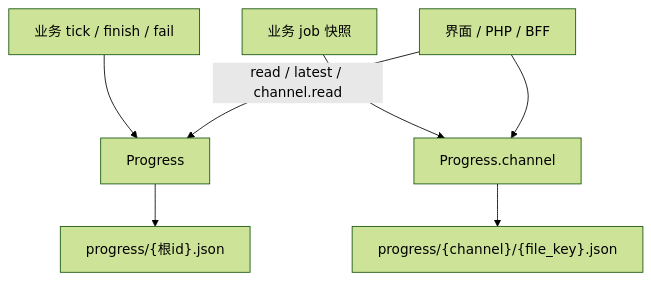
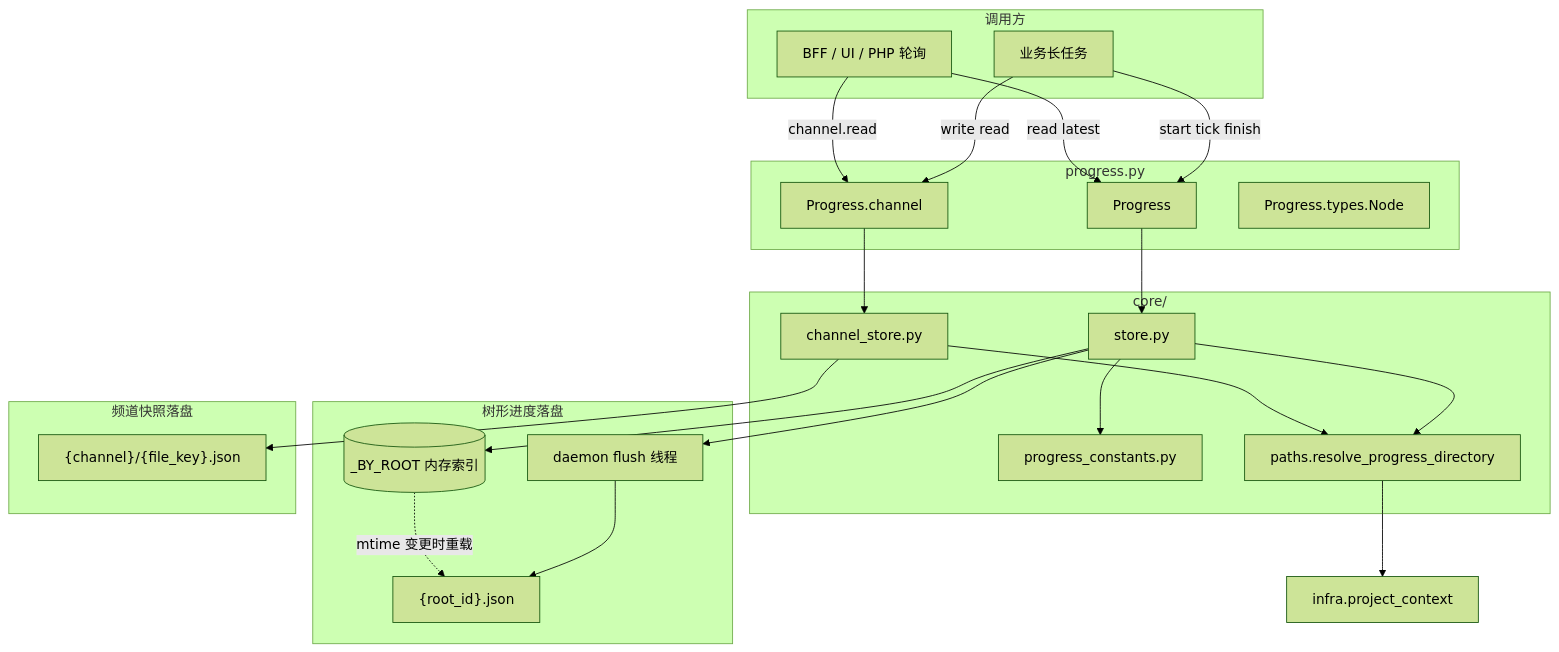
The diagram in core/infra/progress/docs/ARCHITECTURE.md (garnet1985/new-tea-quant), drawn with Mermaid (forest theme) before and after one commit. The commit also changed other lines of this file and 338 other files, not shown here.

````diff
--- a/core/infra/progress/docs/ARCHITECTURE.md
+++ b/core/infra/progress/docs/ARCHITECTURE.md
@@ -51,9 +54,46 @@
 ```mermaid
 flowchart TB
-  Biz[业务 tick / finish / fail] --> Progress
-  Progress --> TreeJSON["progress/{根id}.json"]
-  BizJob[业务 job 快照] --> Channel[Progress.channel]
-  Channel --> ChJSON["progress/{channel}/{file_key}.json"]
-  UI[界面 / PHP / BFF] -->|read / latest / channel.read| Progress
-  UI --> Channel
+  subgraph callers [调用方]
+    Biz[业务长任务]
+    Poll[BFF / UI / PHP 轮询]
+  end
+
+  subgraph facade [progress.py]
+    P[Progress]
+    CH[Progress.channel]
+    T[Progress.types.Node]
+  end
+
+  subgraph core [core/]
+    ST[store.py]
+    CS[channel_store.py]
+    PC[progress_constants.py]
+    PD[paths.resolve_progress_directory]
+  end
+
+  Biz -->|start tick finish| P
+  Biz -->|write read| CH
+  Poll -->|read latest| P
+  Poll -->|channel.read| CH
+  P --> ST
+  CH --> CS
+  ST --> PD
+  CS --> PD
+  ST --> PC
+  PD --> CTX[infra.project_context]
+
+  subgraph tree [树形进度落盘]
+    MEM[(_BY_ROOT 内存索引)]
+    FL[daemon flush 线程]
+    TJ["{root_id}.json"]
+    ST --> MEM
+    ST --> FL
+    FL --> TJ
+    MEM -.->|mtime 变更时重载| TJ
+  end
+
+  subgraph chdisk [频道快照落盘]
+    CJ["{channel}/{file_key}.json"]
+    CS --> CJ
+  end
 ```
````
